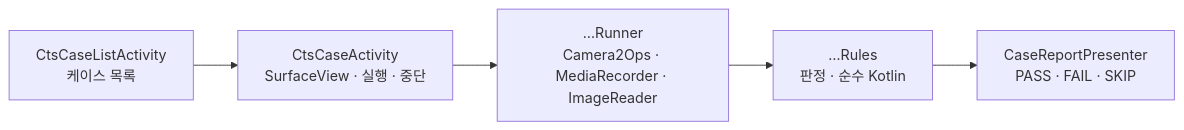
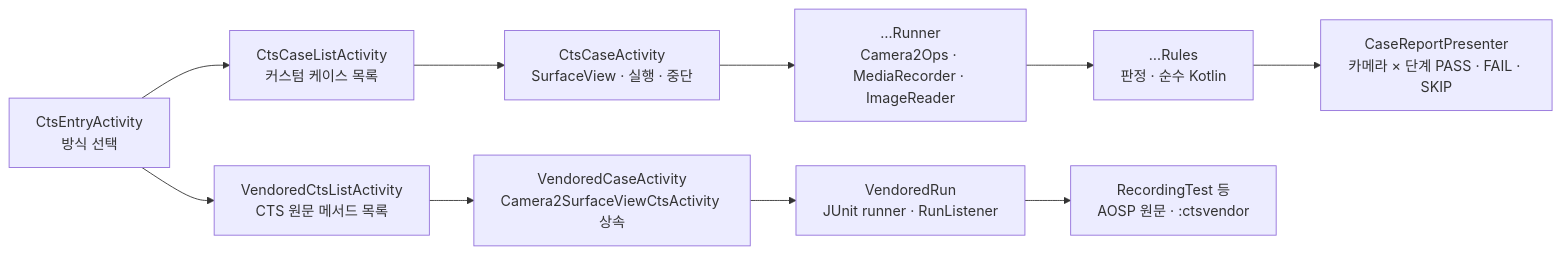
Before and after one commit to TTolsun/hal-camera: the diagram in guide/cts.md, drawn with Mermaid. The commit also changed other lines of this file and 9 other files, not shown here.

First line of the commit message:
Replace the transcribed basic recording case with the vendored test

````diff
--- a/guide/cts.md
+++ b/guide/cts.md
@@ -8,7 +8,12 @@
 ```mermaid
 flowchart LR
-    L["CtsCaseListActivity<br/>케이스 목록"] --> A["CtsCaseActivity<br/>SurfaceView · 실행 · 중단"]
+    E["CtsEntryActivity<br/>방식 선택"] --> L["CtsCaseListActivity<br/>커스텀 케이스 목록"]
+    E --> V["VendoredCtsListActivity<br/>CTS 원문 메서드 목록"]
+    L --> A["CtsCaseActivity<br/>SurfaceView · 실행 · 중단"]
     A --> R["…Runner<br/>Camera2Ops · MediaRecorder · ImageReader"]
     R --> J["…Rules<br/>판정 · 순수 Kotlin"]
-    J --> P["CaseReportPresenter<br/>PASS · FAIL · SKIP"]
+    J --> P["CaseReportPresenter<br/>카메라 × 단계 PASS · FAIL · SKIP"]
+    V --> H["VendoredCaseActivity<br/>Camera2SurfaceViewCtsActivity 상속"]
+    H --> U["VendoredRun<br/>JUnit runner · RunListener"]
+    U --> T["RecordingTest 등<br/>AOSP 원문 · :ctsvendor"]
 ```
````
